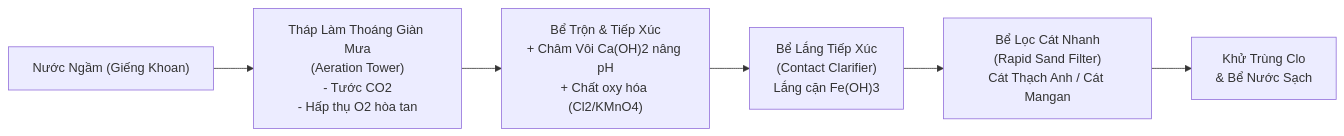
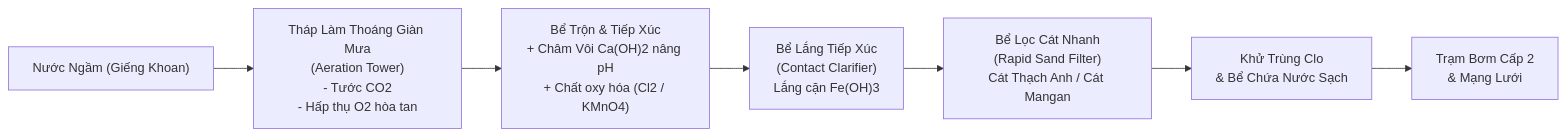
Before and after one commit to nguyendoanhcmut/hcmut-263-branches: the second of 12 diagrams in kt-xu-ly-nuoc-cap/fragments/ch01_branches.md, drawn with Mermaid. The commit also changed other lines of this file and 12 other files, not shown here.

First line of the commit message:
feat(water-treatment): rebuild branches mindmap to ASD-STE100 standard

````diff
--- a/kt-xu-ly-nuoc-cap/fragments/ch01_branches.md
+++ b/kt-xu-ly-nuoc-cap/fragments/ch01_branches.md
@@ -573,8 +940,9 @@
 ```mermaid
 flowchart LR
     A["Nước Ngầm (Giếng Khoan)"] --> B["Tháp Làm Thoáng Giàn Mưa\n(Aeration Tower)\n- Tước CO2\n- Hấp thụ O2 hòa tan"]
-    B --> C["Bể Trộn & Tiếp Xúc\n+ Châm Vôi Ca(OH)2 nâng pH\n+ Chất oxy hóa (Cl2/KMnO4)"]
+    B --> C["Bể Trộn & Tiếp Xúc\n+ Châm Vôi Ca(OH)2 nâng pH\n+ Chất oxy hóa (Cl2 / KMnO4)"]
     C --> D["Bể Lắng Tiếp Xúc\n(Contact Clarifier)\nLắng cặn Fe(OH)3"]
     D --> E["Bể Lọc Cát Nhanh\n(Rapid Sand Filter)\nCát Thạch Anh / Cát Mangan"]
-    E --> F["Khử Trùng Clo\n& Bể Nước Sạch"]
+    E --> F["Khử Trùng Clo\n& Bể Chứa Nước Sạch"]
+    F --> G["Trạm Bơm Cấp 2\n& Mạng Lưới"]
 ```
````
